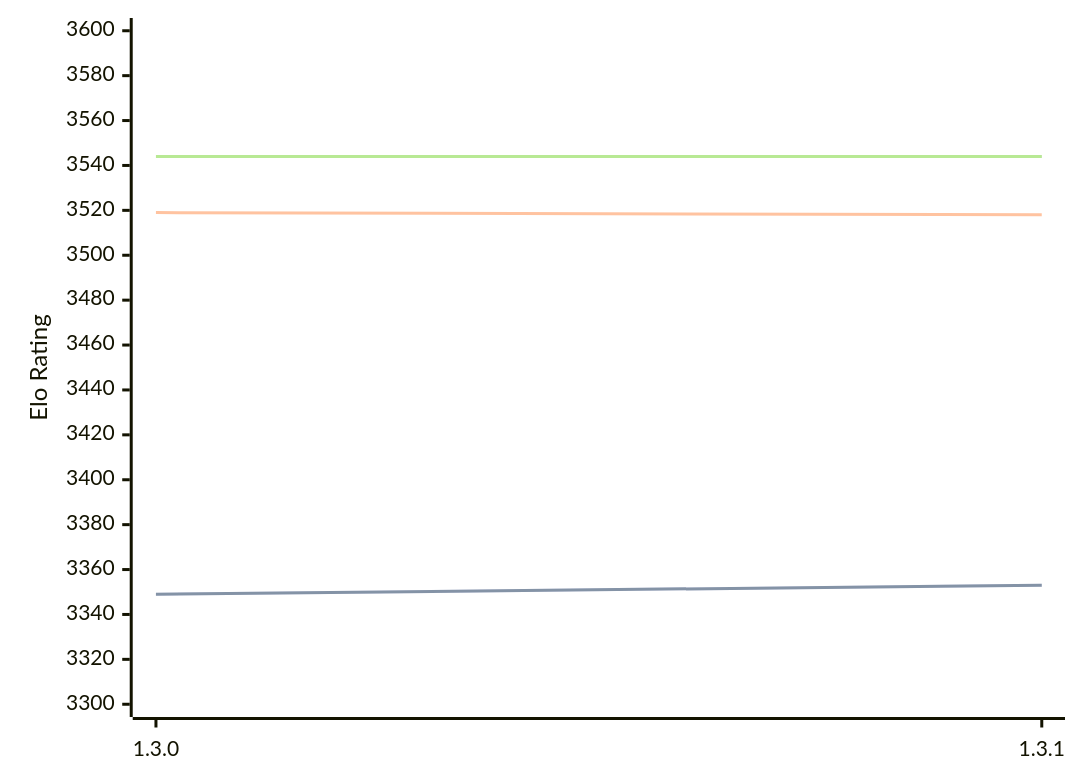
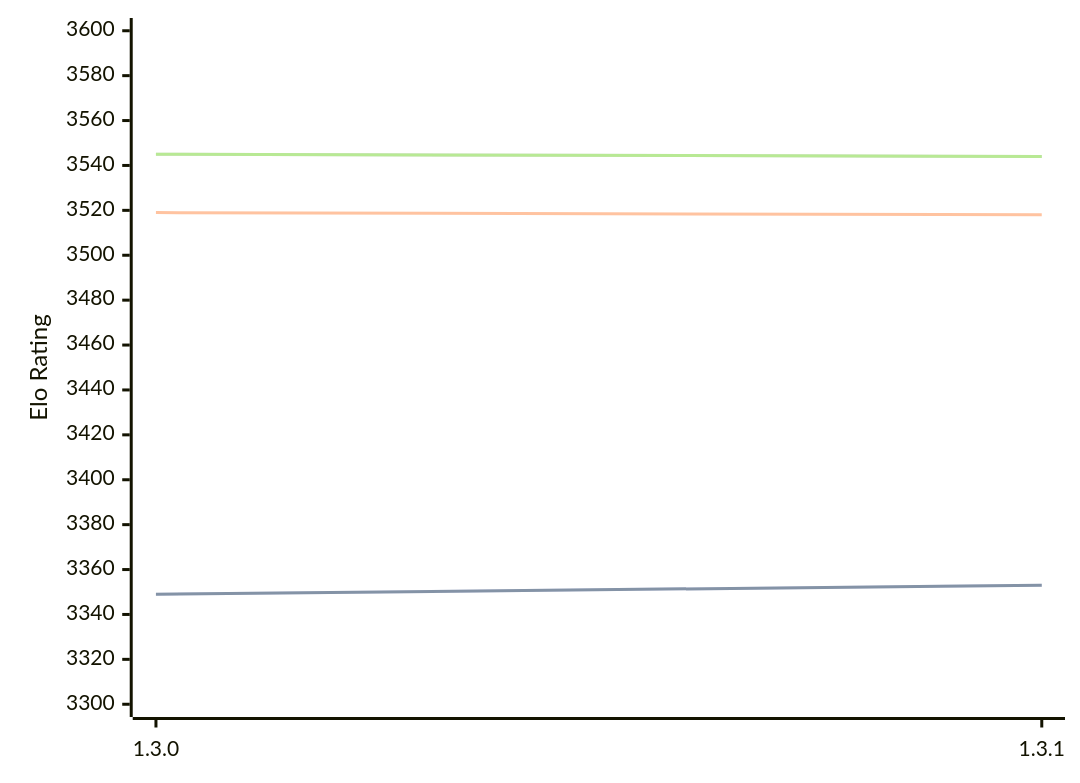
Before and after one commit to computer-chess-index/cci: the diagram in engines/Renegade.md, drawn with Mermaid. The commit also changed other lines of this file, not shown here.

Commit message:
Update CCI Ratings (ELO VLTC) - 2026-09-18

````diff
--- a/engines/Renegade.md
+++ b/engines/Renegade.md
@@ -33,11 +33,11 @@
 ```mermaid
 %%{init: {"theme":"base","themeVariables":{"seriesColors:['#a3a3a3','#222221','#faa371']}}}%%
 xychart-beta
   x-axis ["1.3.0", "1.3.1"]
   y-axis "Elo Rating" 3300 --> 3600
   line "" [3349, 3353]
   line "STC (8.0+0.08s)" [3349, 3353]
   line "LTC (60.0+0.60s)" [3519, 3518]
-  line "" [3544, 3544]
-  line "VLTC (2m24s+1.12s)" [3544, 3544]
+  line "" [3545, 3544]
+  line "VLTC (2m24s+1.12s)" [3545, 3544]
 ```
````
